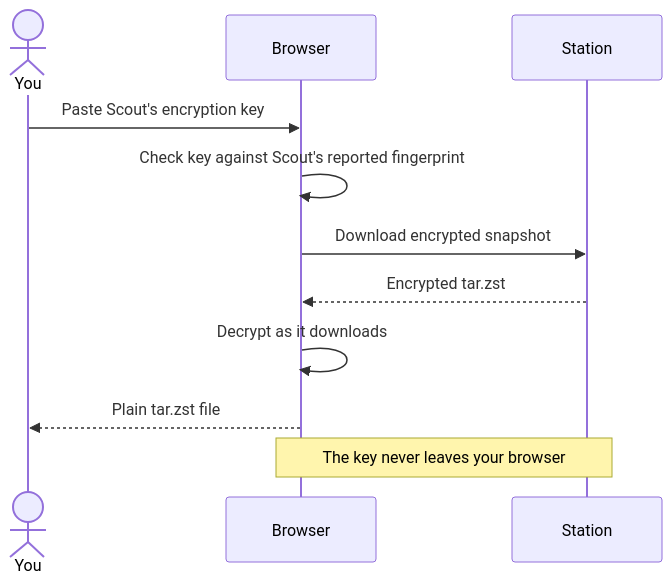
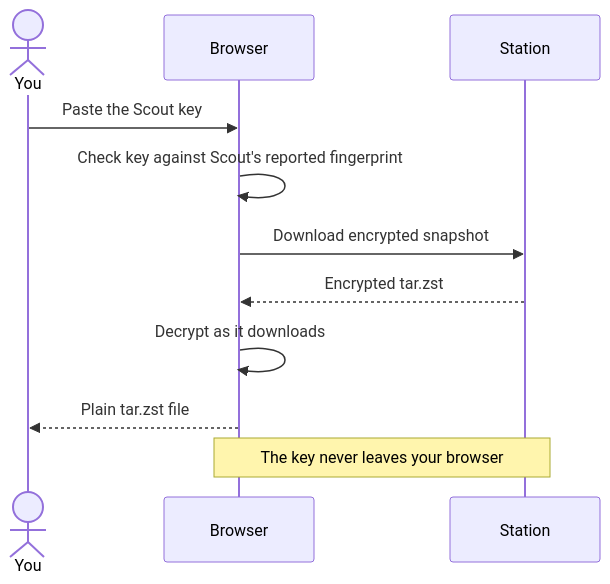
Before and after one commit to thesteau/3to1go: the diagram in docs/station/snapshots.mdx, drawn with Mermaid. The commit also changed other lines of this file and 53 other files, not shown here.

Commit message:
fix: use Scout key and Station token names, update gopher docs art (#98)

````diff
--- a/docs/station/snapshots.mdx
+++ b/docs/station/snapshots.mdx
@@ -26,13 +26,13 @@
 ```mermaid
 sequenceDiagram
     actor You
     participant Browser
     participant Station
-    You->>Browser: Paste Scout's encryption key
+    You->>Browser: Paste the Scout key
     Browser->>Browser: Check key against Scout's reported fingerprint
     Browser->>Station: Download encrypted snapshot
     Station-->>Browser: Encrypted tar.zst
     Browser->>Browser: Decrypt as it downloads
     Browser-->>You: Plain tar.zst file
     Note over Browser,Station: The key never leaves your browser
 ```
````
